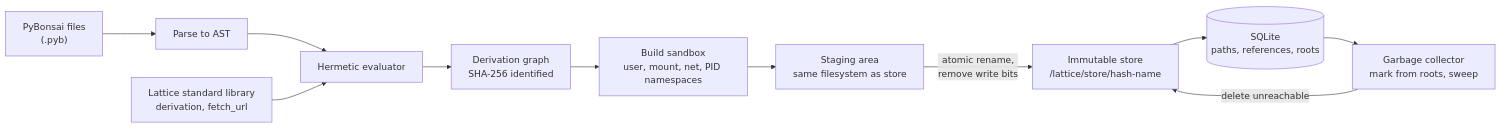
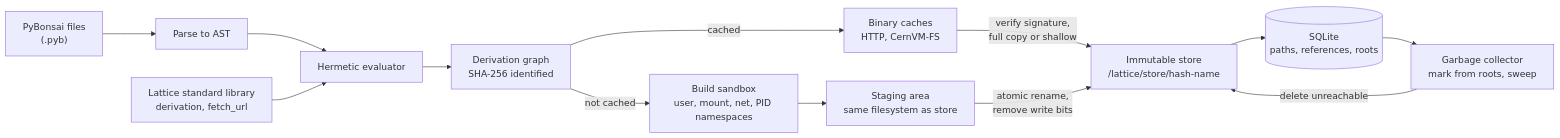
The first of 2 diagrams in docs/rfc/0001-pyrixos-architecture.md (PacketFive/PyrixOS), drawn with Mermaid before and after one commit. The commit also changed other lines of this file and 6 other files, not shown here.

Commit message:
docs: specify binary caches and CernVM-FS shallow store paths

````diff
--- a/docs/rfc/0001-pyrixos-architecture.md
+++ b/docs/rfc/0001-pyrixos-architecture.md
@@ -75,13 +89,15 @@
 ```mermaid
 flowchart LR
     cfg["PyBonsai files<br/>(.pyb)"] --> parse["Parse to AST"]
     parse --> eval["Hermetic evaluator"]
     stdlib["Lattice standard library<br/>derivation, fetch_url"] --> eval
     eval --> drv["Derivation graph<br/>SHA-256 identified"]
-    drv --> sandbox["Build sandbox<br/>user, mount, net, PID namespaces"]
+    drv -->|"not cached"| sandbox["Build sandbox<br/>user, mount, net, PID namespaces"]
+    drv -->|"cached"| cache["Binary caches<br/>HTTP, CernVM-FS"]
+    cache -->|"verify signature,<br/>full copy or shallow"| store
     sandbox --> stage["Staging area<br/>same filesystem as store"]
     stage -->|"atomic rename,<br/>remove write bits"| store["Immutable store<br/>/lattice/store/hash-name"]
     store --> db[("SQLite<br/>paths, references, roots")]
     db --> gc["Garbage collector<br/>mark from roots, sweep"]
     gc -->|"delete unreachable"| store
 ```
````
